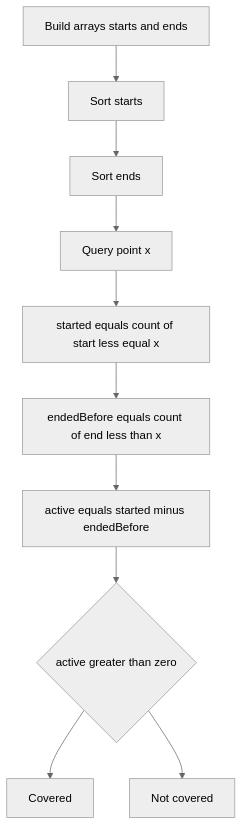
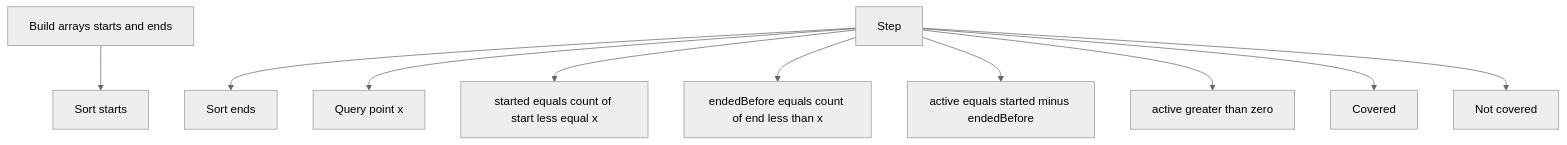
One commit to mthaiseer/springcloud-systemdesign-notes changed the fifth of 35 diagrams in CP_DSA_NOTES/001_TOPIC_WISE/001_STL_RANGE_QUERY_SWEEPLINE.md. Above: the diagram before and after it, drawn with Mermaid (neutral theme). The commit also changed other lines of this file and 1 other file, not shown here.

````diff
--- a/CP_DSA_NOTES/001_TOPIC_WISE/001_STL_RANGE_QUERY_SWEEPLINE.md
+++ b/CP_DSA_NOTES/001_TOPIC_WISE/001_STL_RANGE_QUERY_SWEEPLINE.md
@@ -323,12 +323,12 @@
 ```mermaid
 flowchart TD
-    A["Build arrays starts and ends"] --> B["Sort starts"]
-    B --> C["Sort ends"]
-    C --> D["Query point x"]
-    D --> E["started equals count of start less equal x"]
-    E --> F["endedBefore equals count of end less than x"]
-    F --> G["active equals started minus endedBefore"]
-    G --> H{"active greater than zero"}
-    H --> I["Covered"]
-    H --> J["Not covered"]
+    N1["Build arrays starts and ends"] --> N2["Sort starts"]
+    N3["Step"] --> N4["Sort ends"]
+    N3["Step"] --> N5["Query point x"]
+    N3["Step"] --> N6["started equals count of start less equal x"]
+    N3["Step"] --> N7["endedBefore equals count of end less than x"]
+    N3["Step"] --> N8["active equals started minus endedBefore"]
+    N3["Step"] --> N9["active greater than zero"]
+    N3["Step"] --> N10["Covered"]
+    N3["Step"] --> N11["Not covered"]
 ```
````
